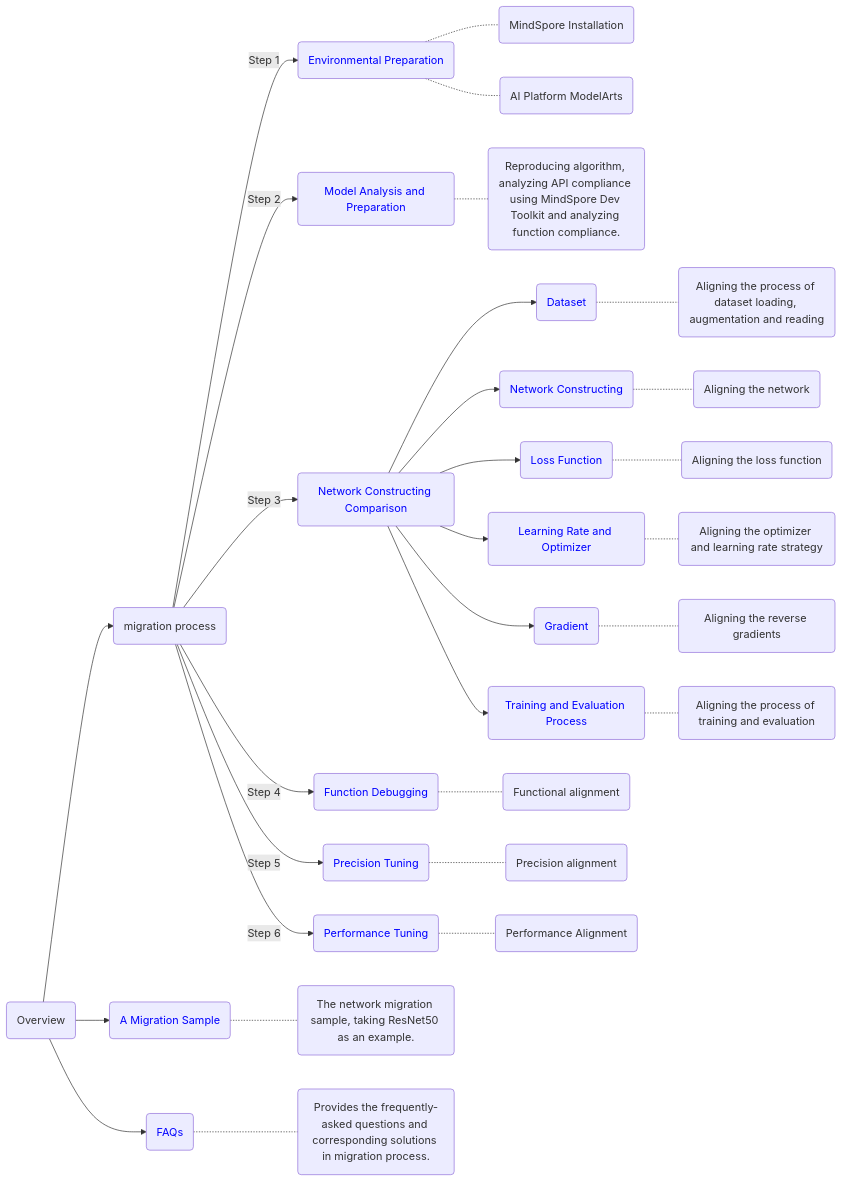
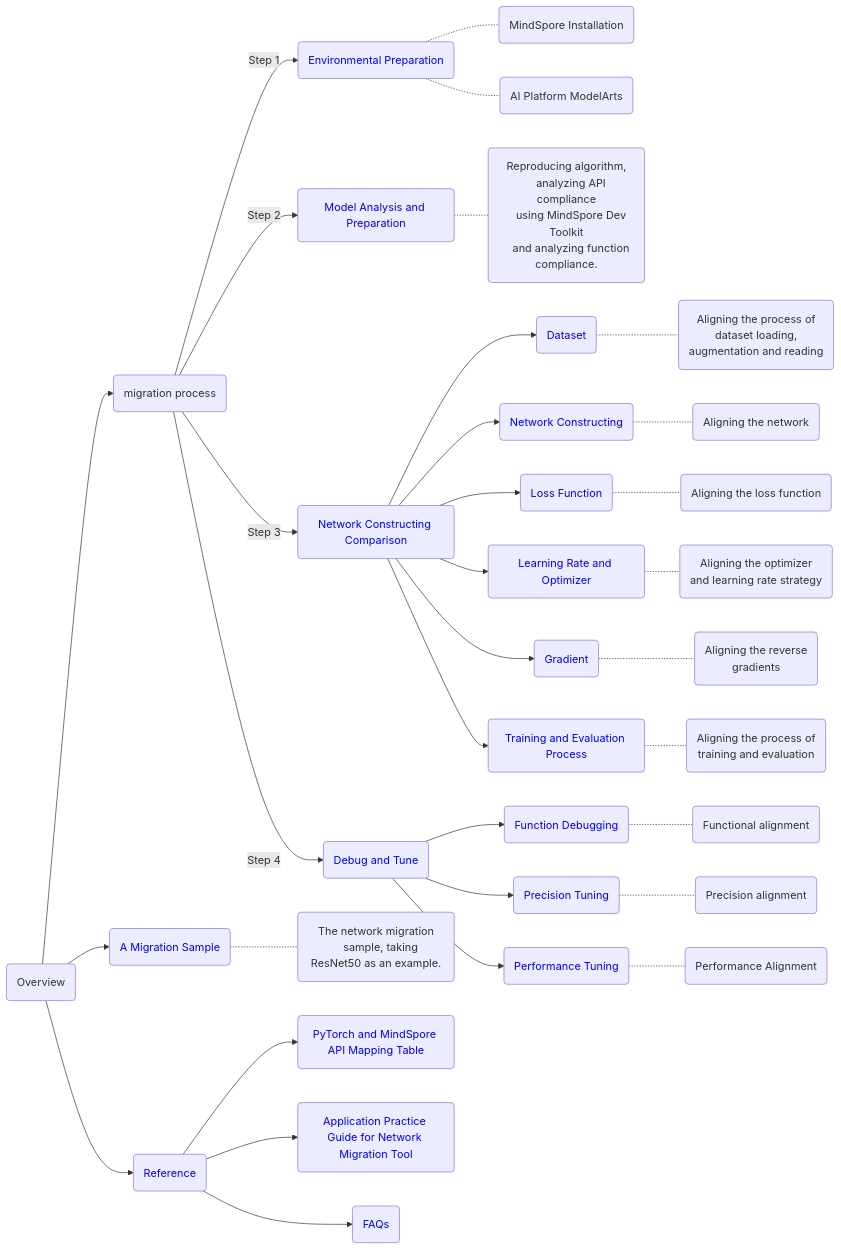
Before and after one commit to mindspore-ai/docs: the diagram in docs/mindspore/source_en/migration_guide/overview.md, drawn with Mermaid. The commit also changed 1 other file, not shown here.

Commit message:
modify en mermaid

````diff
--- a/docs/mindspore/source_en/migration_guide/overview.md
+++ b/docs/mindspore/source_en/migration_guide/overview.md
@@ -7,49 +7,67 @@
 ```{mermaid}
-graph LR
-A(Overview)-->B(migration process)
-B-->|Step 1|E(<font color=blue>Environmental Preparation</font>)
-E-.-text1(MindSpore Installation)
-E-.-text2(AI Platform ModelArts)
-B-->|Step 2|F(<font color=blue>Model Analysis and Preparation</font>)
-F-.-text3(Reproducing algorithm, analyzing API compliance using MindSpore Dev Toolkit and analyzing function compliance.)
-B-->|Step 3|G(<font color=blue>Network Constructing Comparison</font>)
-G-->K(<font color=blue>Dataset</font>)
-K-.-text4(Aligning the process of dataset loading, augmentation and reading)
-G-->L(<font color=blue>Network Constructing</font>)
-L-.-text5(Aligning the network)
-G-->P(<font color=blue>Loss Function</font>)
-P-.-text6(Aligning the loss function)
-G-->M(<font color=blue>Learning Rate and Optimizer</font>)
-M-.-text7(Aligning the optimizer and learning rate strategy)
-G-->N(<font color=blue>Gradient</font>)
-N-.-text8(Aligning the reverse gradients)
-G-->O(<font color=blue>Training and Evaluation Process</font>)
-O-.-text9(Aligning the process of training and evaluation)
-B-->|Step 4|H(<font color=blue>Function Debugging</font>)
-H-.-text10(Functional alignment)
-B-->|Step 5|I(<font color=blue>Precision Tuning</font>)
-I-.-text11(Precision alignment)
-B-->|Step 6|J(<font color=blue>Performance Tuning</font>)
-J-.-text12(Performance Alignment)
-A-->C(<font color=blue>A Migration Sample</font>)
-C-.-text13(The network migration sample, taking ResNet50 as an example.)
-A-->D(<font color=blue>FAQs</font>)
-D-.-text14(Provides the frequently-asked questions and corresponding solutions in migration process.)
+flowchart LR
+    A(Overview)-->B(migration process)
+    B-->|Step 1|E(<font color=blue>Environmental Preparation</font>)
+    E-.-text1(MindSpore Installation)
+    E-.-text2(AI Platform ModelArts)
+    B-->|Step 2|F(<font color=blue>Model Analysis and Preparation</font>)
+    F-.-text3("Reproducing algorithm,
+    analyzing API compliance
+    using MindSpore Dev Toolkit
+    and analyzing function compliance.")
+    B-->|Step 3|G(<font color=blue>Network Constructing Comparison</font>)
+    G-->I(<font color=blue>Dataset</font>)
+    I-.-text4("Aligning the process of
+    dataset loading,
+    augmentation and reading")
+    G-->J(<font color=blue>Network Constructing</font>)
+    J-.-text5(Aligning the network)
+    G-->K(<font color=blue>Loss Function</font>)
+    K-.-text6(Aligning the loss function)
+    G-->L(<font color=blue>Learning Rate and Optimizer</font>)
+    L-.-text7("Aligning the optimizer
+    and learning rate strategy")
+    G-->M(<font color=blue>Gradient</font>)
+    M-.-text8("Aligning the reverse
+    gradients")
+    G-->N(<font color=blue>Training and Evaluation Process</font>)
+    N-.-text9("Aligning the process of
+    training and evaluation")
+    B-->|Step 4|H(<font color=blue>Debug and Tune</font>)
+    H-->O(<font color=blue>Function Debugging</font>)
+    O-.-text10(Functional alignment)
+    H-->P(<font color=blue>Precision Tuning</font>)
+    P-.-text11(Precision alignment)
+    H-->Q(<font color=blue>Performance Tuning</font>)
+    Q-.-text12(Performance Alignment)
+    A-->C(<font color=blue>A Migration Sample</font>)
+    C-.-text13("The network migration
+    sample, taking ResNet50 as an example.")
+    A-->D(<font color=blue>Reference</font>)
+    D-->R(<font color=blue>PyTorch and MindSpore API Mapping Table</font>)
+    D-->S(<font color=blue>Application Practice Guide for Network Migration Tool</font>)
+    D-->T(<font color=blue>FAQs</font>)
 
-click C "https://www.mindspore.cn/docs/en/master/migration_guide/sample_code.html"
-click D "https://www.mindspore.cn/docs/en/master/migration_guide/faq.html"
+    click C "https://www.mindspore.cn/docs/en/master/migration_guide/sample_code.html"
+    click D "https://www.mindspore.cn/docs/en/master/migration_guide/reference.html"
 
-click E "https://www.mindspore.cn/docs/en/master/migration_guide/enveriment_preparation.html"
-click F "https://www.mindspore.cn/docs/en/master/migration_guide/analysis_and_preparation.html"
-click G "https://www.mindspore.cn/docs/en/master/migration_guide/model_development/model_development.html"
-click H "https://www.mindspore.cn/docs/en/master/migration_guide/debug_and_tune.html#function-debugging"
-click I "https://www.mindspore.cn/docs/en/master/migration_guide/debug_and_tune.html#precision-tuning"
-click J "https://www.mindspore.cn/docs/en/master/migration_guide/debug_and_tune.html#performance-tuning"
+    click E "https://www.mindspore.cn/docs/en/master/migration_guide/enveriment_preparation.html"
+    click F "https://www.mindspore.cn/docs/en/master/migration_guide/analysis_and_preparation.html"
+    click G "https://www.mindspore.cn/docs/en/master/migration_guide/model_development/model_development.html"
+    click H "https://www.mindspore.cn/docs/en/master/migration_guide/debug_and_tune.html#debug-and-tune"
 
-click K "https://www.mindspore.cn/docs/en/master/migration_guide/model_development/dataset.html"
-click L "https://www.mindspore.cn/docs/en/master/migration_guide/model_development/model_and_cell.html"
-click M "https://www.mindspore.cn/docs/en/master/migration_guide/model_development/learning_rate_and_optimizer.html"
-click N "https://www.mindspore.cn/docs/en/master/migration_guide/model_development/gradient.html"
-click O "https://www.mindspore.cn/docs/en/master/migration_guide/model_development/training_and_evaluation.html"
-click P "https://www.mindspore.cn/docs/en/master/migration_guide/model_development/loss_function.html"
+    click I "https://www.mindspore.cn/docs/en/master/migration_guide/model_development/dataset.html"
+    click J "https://www.mindspore.cn/docs/en/master/migration_guide/model_development/model_and_cell.html"
+    click K "https://www.mindspore.cn/docs/en/master/migration_guide/model_development/loss_function.html"
+    click L "https://www.mindspore.cn/docs/en/master/migration_guide/model_development/learning_rate_and_optimizer.html"
+    click M "https://www.mindspore.cn/docs/en/master/migration_guide/model_development/gradient.html"
+    click N "https://www.mindspore.cn/docs/en/master/migration_guide/model_development/training_and_evaluation.html"
+
+    click O "https://www.mindspore.cn/docs/en/master/migration_guide/debug_and_tune.html#function-debugging"
+    click P "https://www.mindspore.cn/docs/en/master/migration_guide/debug_and_tune.html#precision-tuning"
+    click Q "https://www.mindspore.cn/docs/en/master/migration_guide/debug_and_tune.html#performance-tuning"
+
+    click R "https://www.mindspore.cn/docs/en/master/note/api_mapping/pytorch_api_mapping.html"
+    click S "https://www.mindspore.cn/docs/en/master/migration_guide/migrator_with_tools.html"
+    click T "https://www.mindspore.cn/docs/en/master/migration_guide/faq.html"
 ```
````
